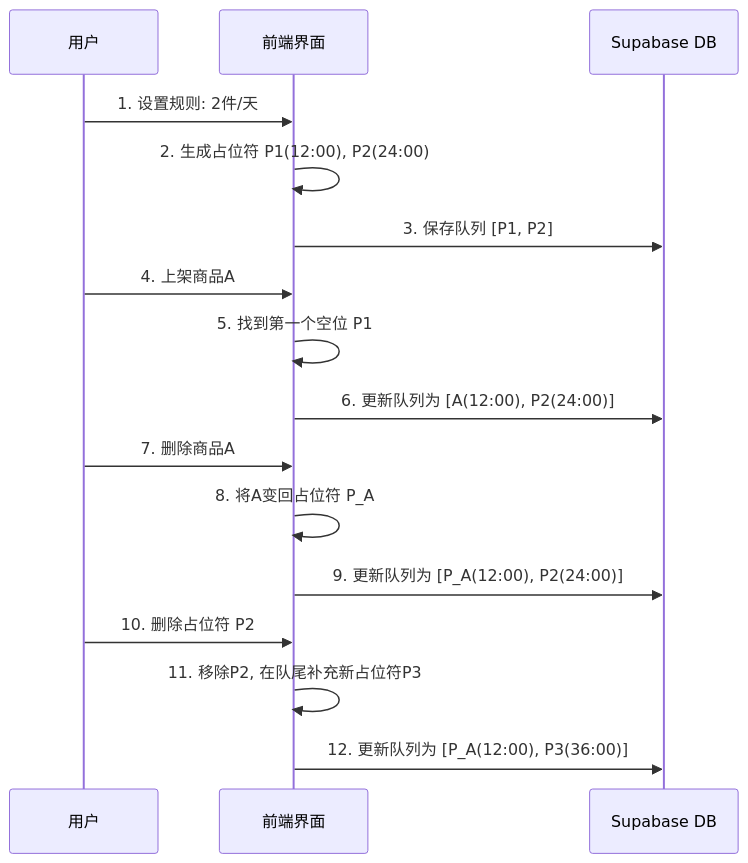
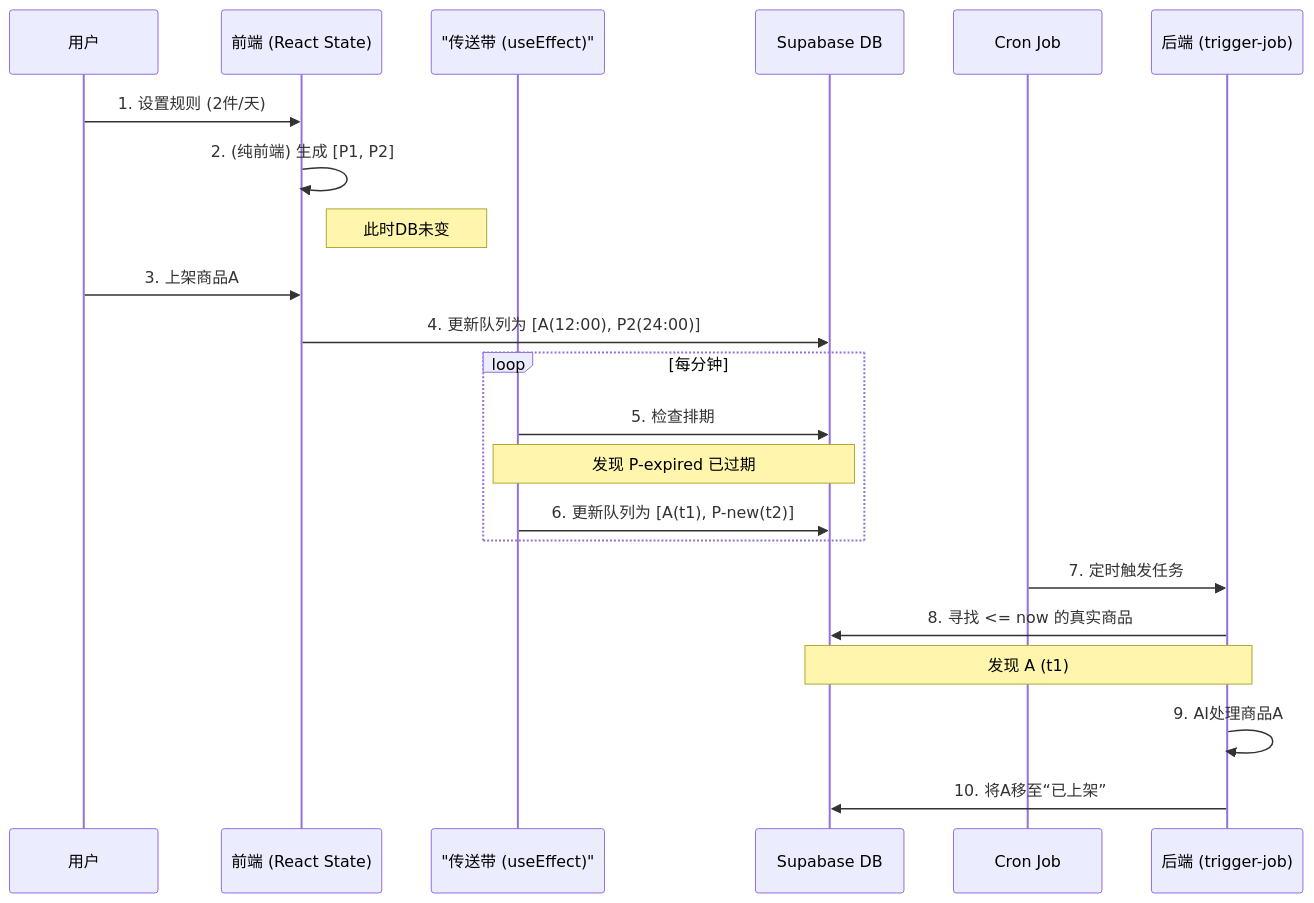
The first of 2 diagrams in TECHNICAL_DOCUMENTATION.md (lowlowlower/list), drawn with Mermaid before and after one commit. The commit also changed other lines of this file and 4 other files, not shown here.

````diff
--- a/TECHNICAL_DOCUMENTATION.md
+++ b/TECHNICAL_DOCUMENTATION.md
@@ -77,22 +93,28 @@
 ```mermaid
 sequenceDiagram
     participant User as 用户
-    participant Frontend as 前端界面
+    participant Frontend as 前端 (React State)
+    participant ConveyorBelt as "传送带 (useEffect)"
     participant Supabase as Supabase DB
+    participant Cron as Cron Job
+    participant Backend as 后端 (trigger-job)
 
-    User->>Frontend: 1. 设置规则: 2件/天
-    Frontend->>Frontend: 2. 生成占位符 P1(12:00), P2(24:00)
-    Frontend->>Supabase: 3. 保存队列 [P1, P2]
+    User->>Frontend: 1. 设置规则 (2件/天)
+    Frontend->>Frontend: 2. (纯前端) 生成 [P1, P2]
+    Note right of Frontend: 此时DB未变
 
-    User->>Frontend: 4. 上架商品A
-    Frontend->>Frontend: 5. 找到第一个空位 P1
-    Frontend->>Supabase: 6. 更新队列为 [A(12:00), P2(24:00)]
+    User->>Frontend: 3. 上架商品A
+    Frontend->>Supabase: 4. 更新队列为 [A(12:00), P2(24:00)]
 
-    User->>Frontend: 7. 删除商品A
-    Frontend->>Frontend: 8. 将A变回占位符 P_A
-    Frontend->>Supabase: 9. 更新队列为 [P_A(12:00), P2(24:00)]
+    loop 每分钟
+        ConveyorBelt->>Supabase: 5. 检查排期
+        Note over ConveyorBelt, Supabase: 发现 P-expired 已过期
+        ConveyorBelt->>Supabase: 6. 更新队列为 [A(t1), P-new(t2)]
+    end
 
-    User->>Frontend: 10. 删除占位符 P2
-    Frontend->>Frontend: 11. 移除P2, 在队尾补充新占位符P3
-    Frontend->>Supabase: 12. 更新队列为 [P_A(12:00), P3(36:00)]
+    Cron->>Backend: 7. 定时触发任务
+    Backend->>Supabase: 8. 寻找 <= now 的真实商品
+    Note over Backend, Supabase: 发现 A (t1)
+    Backend->>Backend: 9. AI处理商品A
+    Backend->>Supabase: 10. 将A移至“已上架”
 ``` 
````
